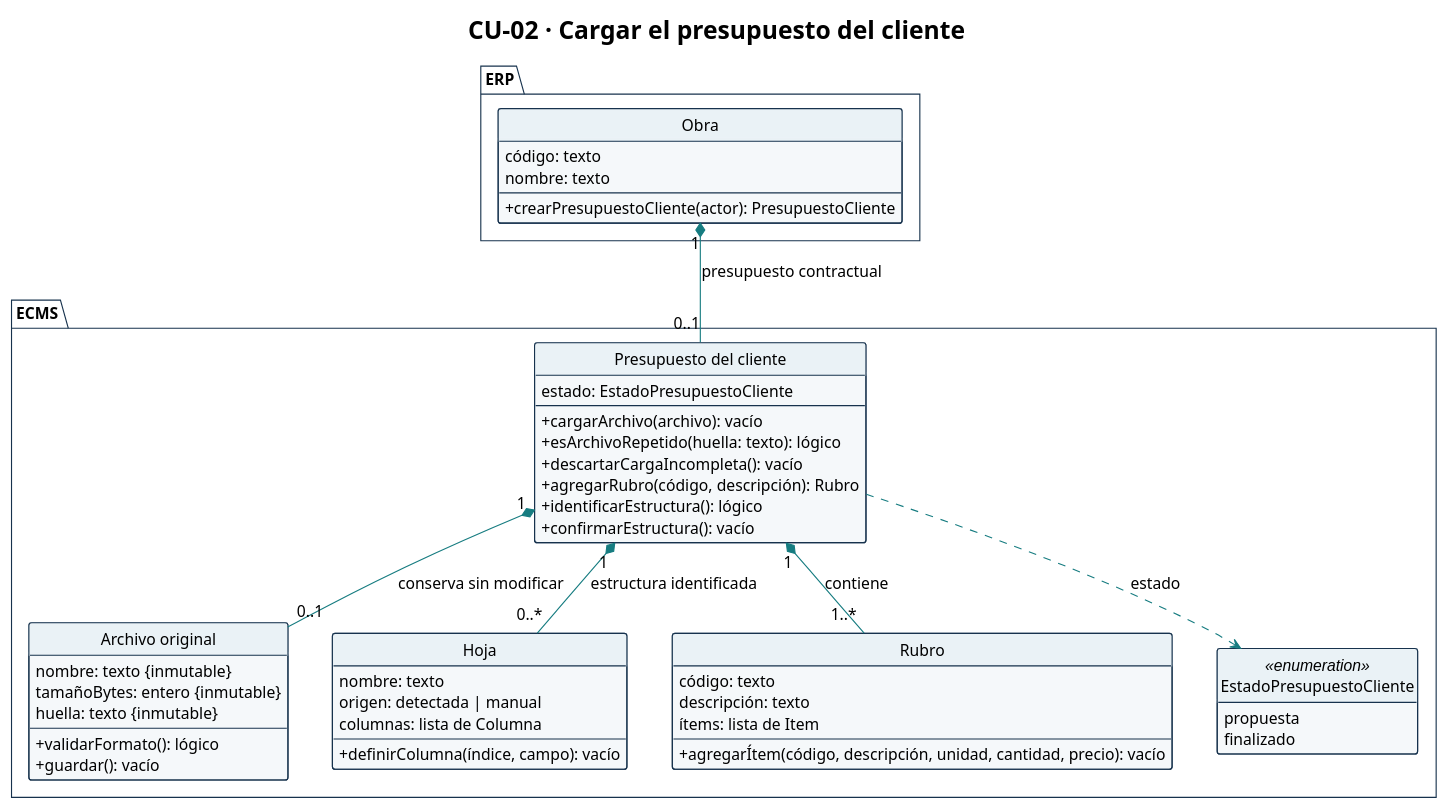
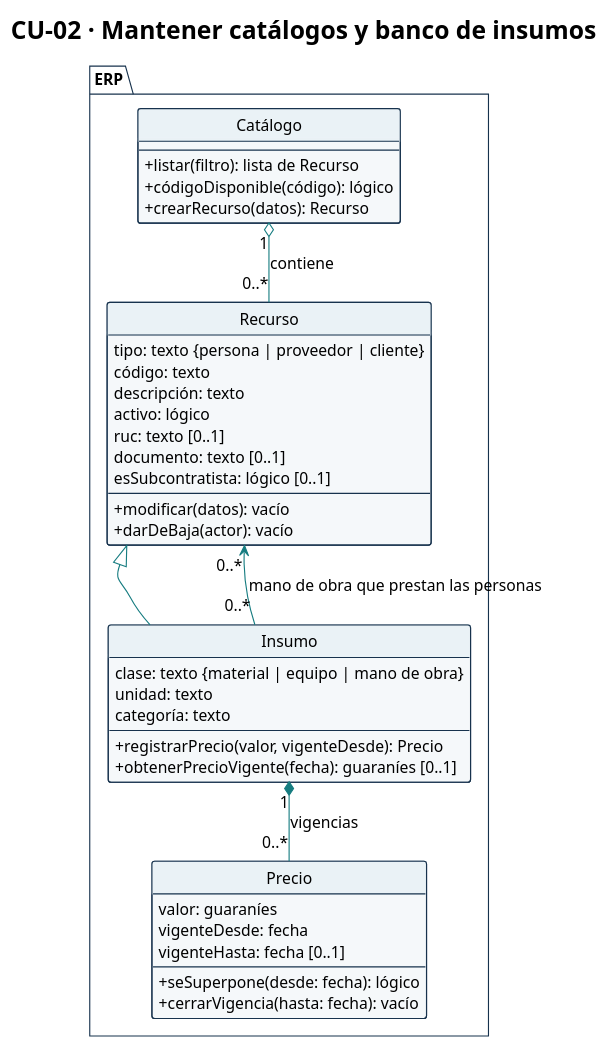
One commit to Ssrrb/tpf-uca changed the diagram in diagramas/CU-02-clases.puml. Above: the diagram before and after it, drawn with PlantUML. The commit also changed 51 other files, not shown here.

First line of the commit message:
Renumera los diagramas de CU 1 al 16 en orden de dependencia y saca los que salen del MVP

```diff
--- a/diagramas/CU-02-clases.puml
+++ b/diagramas/CU-02-clases.puml
@@ -1,88 +1,72 @@
 @startuml
 !theme plain
 skinparam style strictuml
-title CU-02 · Cargar el presupuesto del cliente
+title CU-02 · Mantener catálogos y banco de insumos
 hide circle
 hide empty methods
 hide empty fields
 skinparam shadowing false
 skinparam classAttributeIconSize 0
 skinparam defaultFontName Arial
 skinparam defaultFontSize 14
 skinparam nodesep 40
 skinparam ranksep 50
 skinparam ArrowColor #167C80
 skinparam class {
   BackgroundColor #F5F8FA
   BorderColor #17324D
   HeaderBackgroundColor #EAF2F6
 }
 skinparam package {
   BackgroundColor #FFFFFF
   BorderColor #17324D
 }
 skinparam note {
   BackgroundColor #FFFFFF
   BorderColor #17324D
 }
 package "ERP" {
-  class Obra {
+  class "Catálogo" as Catalogo {
+    --
+    + listar(filtro): lista de Recurso
+    + códigoDisponible(código): lógico
+    + crearRecurso(datos): Recurso
+  }
+
+  class Recurso {
+    tipo: texto {persona | proveedor | cliente}
     código: texto
-    nombre: texto
+    descripción: texto
+    activo: lógico
+    ruc: texto [0..1]
+    documento: texto [0..1]
+    esSubcontratista: lógico [0..1]
     --
-    + crearPresupuestoCliente(actor): PresupuestoCliente
+    + modificar(datos): vacío
+    + darDeBaja(actor): vacío
+  }
+
+  class Insumo {
+    clase: texto {material | equipo | mano de obra}
+    unidad: texto
+    categoría: texto
+    --
+    + registrarPrecio(valor, vigenteDesde): Precio
+    + obtenerPrecioVigente(fecha): guaraníes [0..1]
+  }
+
+  class Precio {
+    valor: guaraníes
+    vigenteDesde: fecha
+    vigenteHasta: fecha [0..1]
+    --
+    + seSuperpone(desde: fecha): lógico
+    + cerrarVigencia(hasta: fecha): vacío
   }
 }
 
-package "ECMS" {
-
-  class "Presupuesto del cliente" as PresupuestoCliente {
-    estado: EstadoPresupuestoCliente
-    --
-    + cargarArchivo(archivo): vacío
-    + esArchivoRepetido(huella: texto): lógico
-    + descartarCargaIncompleta(): vacío
-    + agregarRubro(código, descripción): Rubro
-    + identificarEstructura(): lógico
-    + confirmarEstructura(): vacío
-  }
-
-  class "Archivo original" as ArchivoOriginal {
-    nombre: texto {inmutable}
-    tamañoBytes: entero {inmutable}
-    huella: texto {inmutable}
-    --
-    + validarFormato(): lógico
-    + guardar(): vacío
-  }
-
-  class Hoja {
-    nombre: texto
-    origen: detectada | manual
-    columnas: lista de Columna
-    --
-    + definirColumna(índice, campo): vacío
-  }
-
-  class Rubro {
-    código: texto
-    descripción: texto
-    ítems: lista de Item
-    --
-    + agregarÍtem(código, descripción, unidad, cantidad, precio): vacío
-  }
-
-  enum EstadoPresupuestoCliente <<enumeration>> {
-    propuesta
-    finalizado
-  }
-}
-
-Obra "1" *-- "0..1" PresupuestoCliente : presupuesto contractual
-PresupuestoCliente "1" *-- "0..1" ArchivoOriginal : conserva sin modificar
-PresupuestoCliente "1" *-- "0..*" Hoja : estructura identificada
-PresupuestoCliente "1" *-- "1..*" Rubro : contiene
-
-PresupuestoCliente ..> EstadoPresupuestoCliente : estado
-
+Recurso <|-- Insumo
+Catalogo "1" o-- "0..*" Recurso : contiene
+Insumo "1" *-- "0..*" Precio : vigencias
+Insumo "0..*" --> "0..*" Recurso : mano de obra que prestan las personas
 @enduml
```
